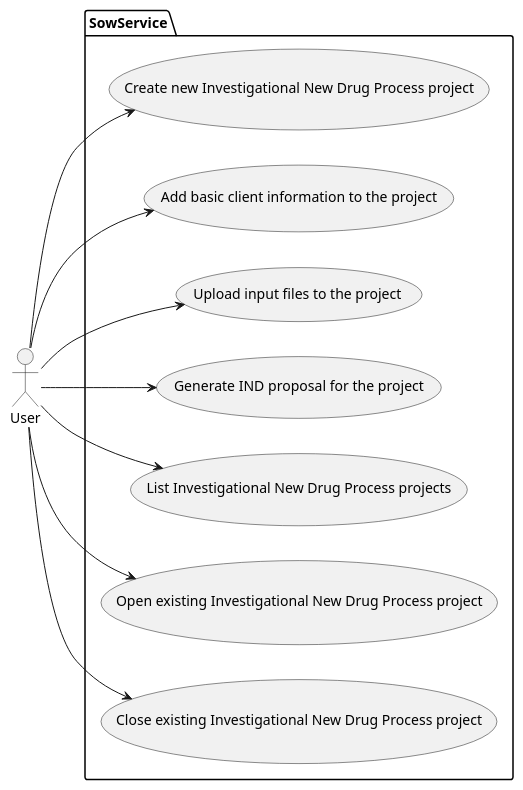
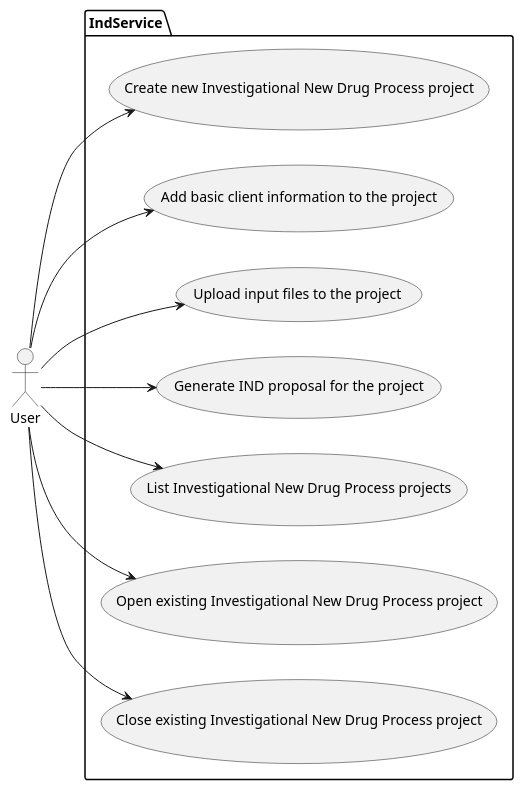
One commit to nruzic-rokolabs/dhc-synthesis-docs changed the fourth of 4 diagrams in architecture-description.adoc. Above: the diagram before and after it, drawn with PlantUML. The commit also changed other lines of this file, not shown here.

```diff
--- a/architecture-description.adoc
+++ b/architecture-description.adoc
@@ -675,24 +320,24 @@
 [plantuml]
 ....
 @startuml
 left to right direction
 actor User as user
 
-package SowService{
+package IndService{
   usecase "Create new Investigational New Drug Process project" as UC1
   usecase "Add basic client information to the project" as UC2
   usecase "Upload input files to the project" as UC3
   usecase "Generate IND proposal for the project" as UC4
   usecase "List Investigational New Drug Process projects" as UC5
   usecase "Open existing Investigational New Drug Process project" as UC6
   usecase "Close existing Investigational New Drug Process project" as UC7
 }
 user --> UC1
 user --> UC2
 user --> UC3
 user --> UC4
 user --> UC5
 user --> UC6
 user --> UC7
 @enduml
 ....
```
